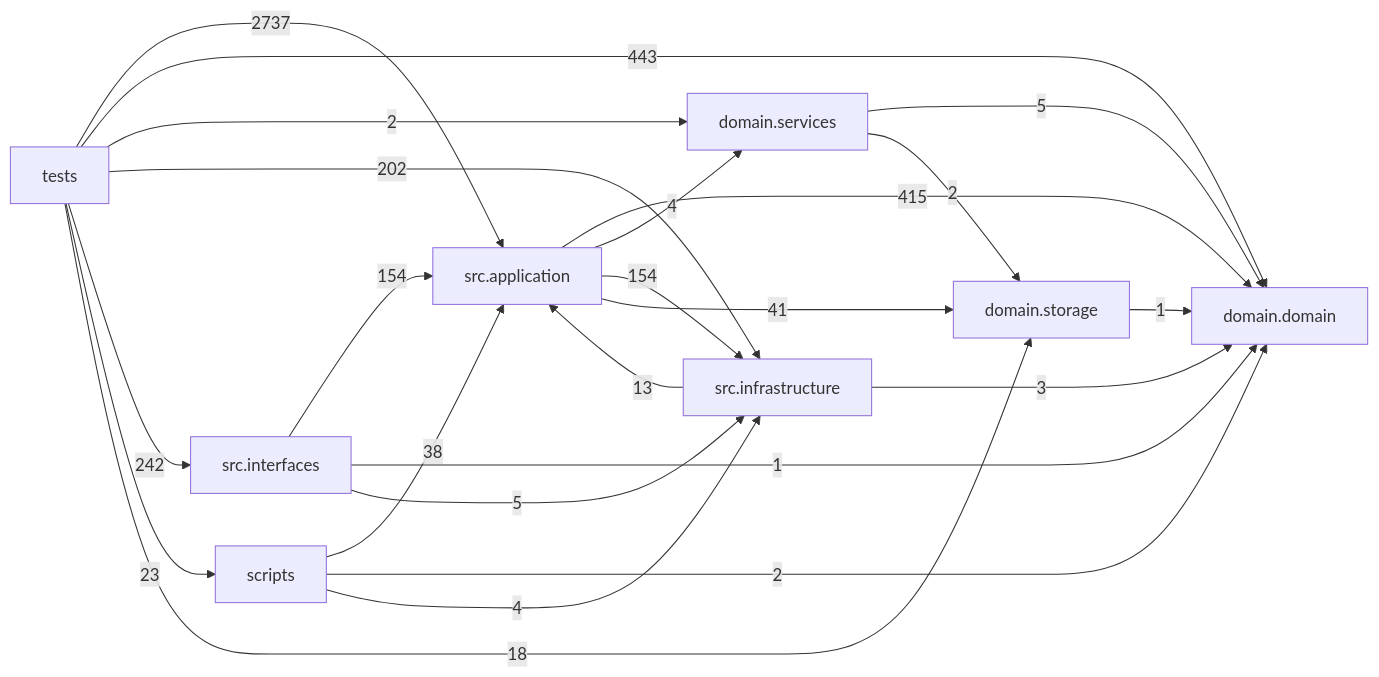
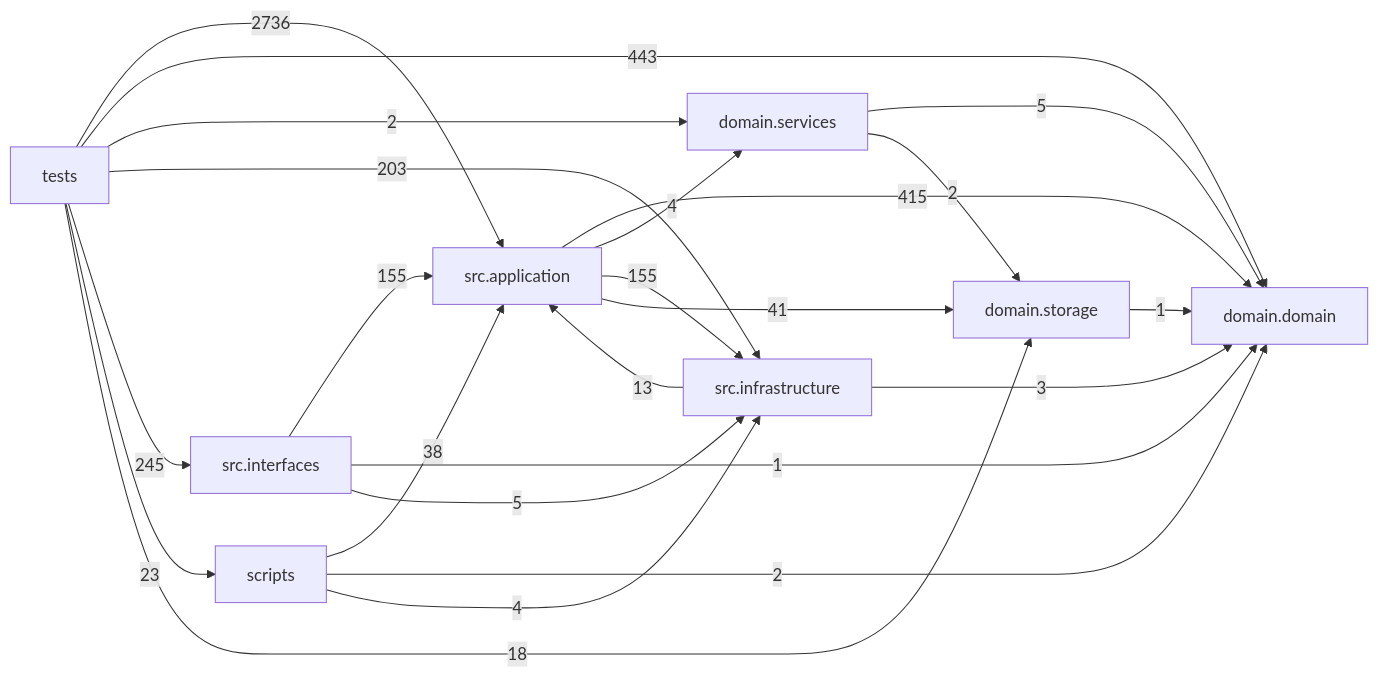
One commit to liuxie066/options-monitor changed the diagram in docs/DEPENDENCY_GRAPH.md. Above: the diagram before and after it, drawn with Mermaid. The commit also changed other lines of this file and 31 other files, not shown here.

````diff
--- a/docs/DEPENDENCY_GRAPH.md
+++ b/docs/DEPENDENCY_GRAPH.md
@@ -24,33 +24,33 @@
 ```mermaid
 flowchart LR
   tests["tests"]
   scripts["scripts"]
   interfaces["src.interfaces"]
   application["src.application"]
   infrastructure["src.infrastructure"]
   domain_services["domain.services"]
   domain["domain.domain"]
   storage["domain.storage"]
   application -->|415| domain
   application -->|4| domain_services
-  application -->|154| infrastructure
+  application -->|155| infrastructure
   application -->|41| storage
   domain_services -->|5| domain
   domain_services -->|2| storage
   infrastructure -->|13| application
   infrastructure -->|3| domain
-  interfaces -->|154| application
+  interfaces -->|155| application
   interfaces -->|1| domain
   interfaces -->|5| infrastructure
   scripts -->|38| application
   scripts -->|2| domain
   scripts -->|4| infrastructure
   storage -->|1| domain
-  tests -->|2737| application
+  tests -->|2736| application
   tests -->|443| domain
   tests -->|2| domain_services
-  tests -->|202| infrastructure
-  tests -->|242| interfaces
+  tests -->|203| infrastructure
+  tests -->|245| interfaces
   tests -->|23| scripts
   tests -->|18| storage
 ```
````
